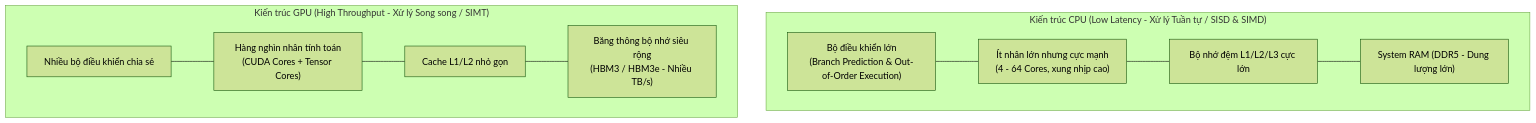
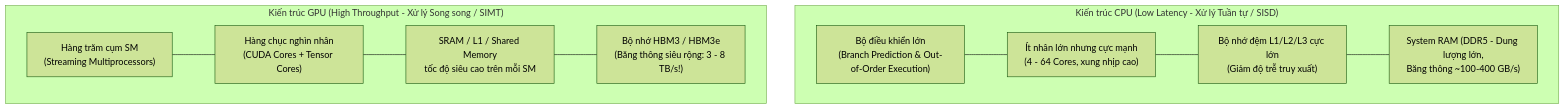
One commit to nxthanh2904/nca-genl changed the fourth of 8 diagrams in Module_01_AI_Infrastructure.md. Above: the diagram before and after it, drawn with Mermaid (forest theme). The commit also changed other lines of this file and 11 other files, not shown here.

````diff
--- a/Module_01_AI_Infrastructure.md
+++ b/Module_01_AI_Infrastructure.md
@@ -96,20 +113,20 @@
 ```mermaid
 flowchart TB
-    subgraph CPU_Arch["Kiến trúc CPU (Low Latency - Xử lý Tuần tự / SISD & SIMD)"]
+    subgraph CPU_Arch["Kiến trúc CPU (Low Latency - Xử lý Tuần tự / SISD)"]
         direction LR
         Control_CPU["Bộ điều khiển lớn<br/>(Branch Prediction & Out-of-Order Execution)"]
         ALU_CPU["Ít nhân lớn nhưng cực mạnh<br/>(4 - 64 Cores, xung nhịp cao)"]
-        Cache_CPU["Bộ nhớ đệm L1/L2/L3 cực lớn"]
-        RAM_CPU["System RAM (DDR5 - Dung lượng lớn)"]
+        Cache_CPU["Bộ nhớ đệm L1/L2/L3 cực lớn<br/>(Giảm độ trễ truy xuất)"]
+        RAM_CPU["System RAM (DDR5 - Dung lượng lớn,<br/>Băng thông ~100-400 GB/s)"]
         Control_CPU --- ALU_CPU --- Cache_CPU --- RAM_CPU
     end
 
     subgraph GPU_Arch["Kiến trúc GPU (High Throughput - Xử lý Song song / SIMT)"]
         direction LR
-        Control_GPU["Nhiều bộ điều khiển chia sẻ"]
-        ALU_GPU["Hàng nghìn nhân tính toán<br/>(CUDA Cores + Tensor Cores)"]
-        Cache_GPU["Cache L1/L2 nhỏ gọn"]
-        VRAM_GPU["Băng thông bộ nhớ siêu rộng<br/>(HBM3 / HBM3e - Nhiều TB/s)"]
+        Control_GPU["Hàng trăm cụm SM<br/>(Streaming Multiprocessors)"]
+        ALU_GPU["Hàng chục nghìn nhân<br/>(CUDA Cores + Tensor Cores)"]
+        Cache_GPU["SRAM / L1 / Shared Memory<br/>tốc độ siêu cao trên mỗi SM"]
+        VRAM_GPU["Bộ nhớ HBM3 / HBM3e<br/>(Băng thông siêu rộng: 3 - 8 TB/s!)"]
         Control_GPU --- ALU_GPU --- Cache_GPU --- VRAM_GPU
     end
 ```
````
